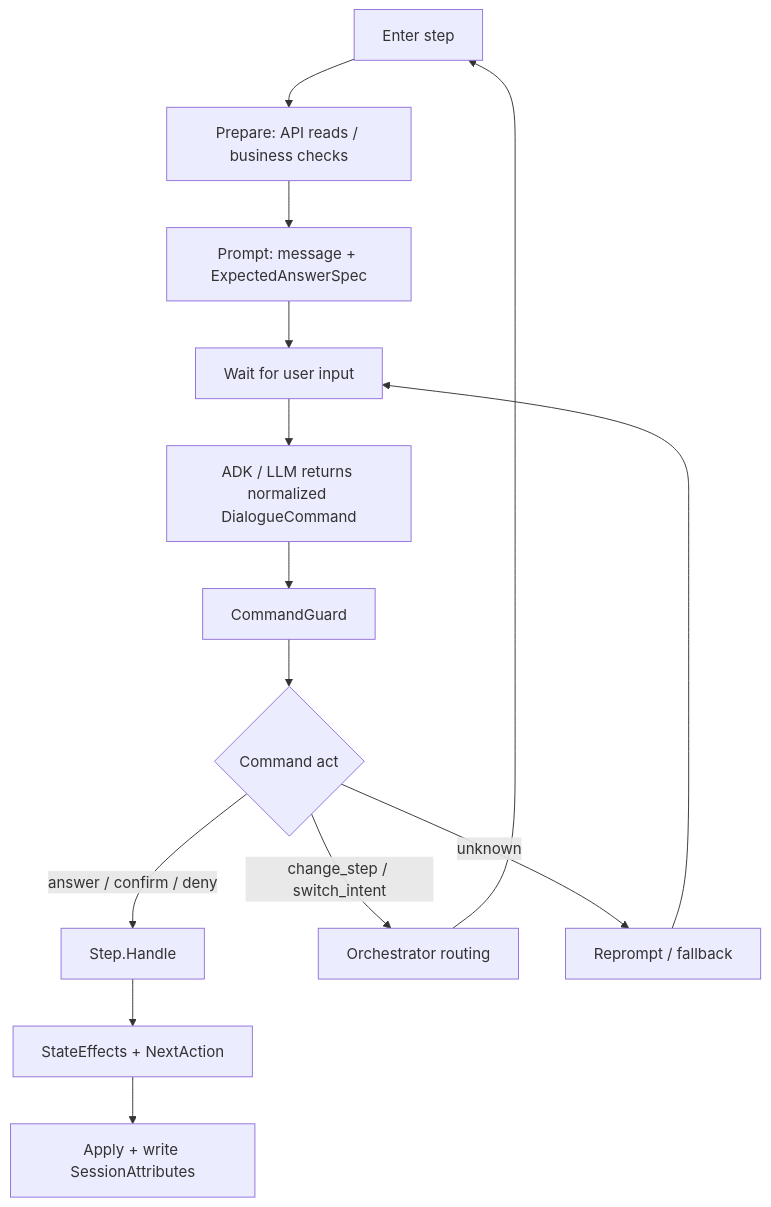
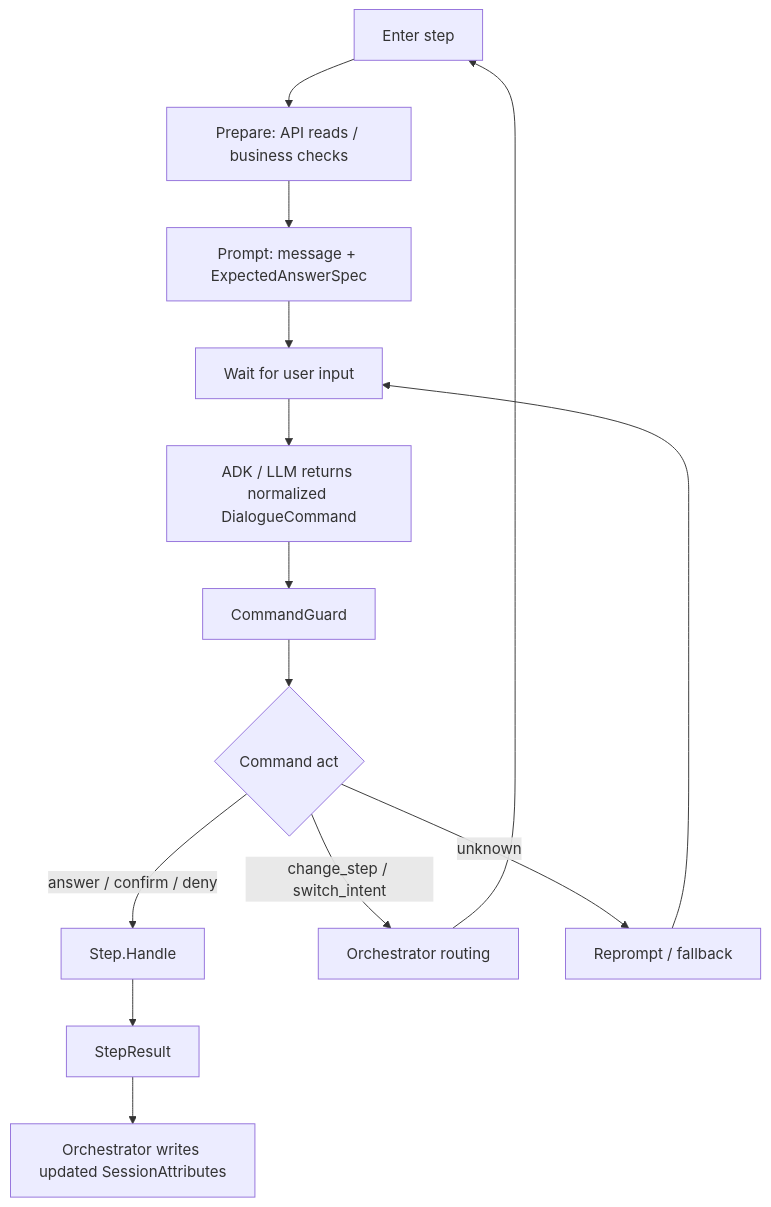
Before and after one commit to fghjkl007/adk-go-company-model-integration: the second of 8 diagrams in docs/superpowers/specs/2026-06-07-intent-step-orchestration-confluence.md, drawn with Mermaid. The commit also changed other lines of this file, not shown here.

Commit message:
docs: align demo diagrams with session attributes

````diff
--- a/docs/superpowers/specs/2026-06-07-intent-step-orchestration-confluence.md
+++ b/docs/superpowers/specs/2026-06-07-intent-step-orchestration-confluence.md
@@ -50,16 +49,16 @@
 ```mermaid
 flowchart TD
   Enter["Enter step"] --> Prepare["Prepare: API reads / business checks"]
   Prepare --> Prompt["Prompt: message + ExpectedAnswerSpec"]
   Prompt --> Wait["Wait for user input"]
   Wait --> Parse["ADK / LLM returns normalized DialogueCommand"]
   Parse --> Guard["CommandGuard"]
   Guard --> Act{"Command act"}
   Act -->|answer / confirm / deny| Handle["Step.Handle"]
   Act -->|change_step / switch_intent| Route["Orchestrator routing"]
   Act -->|unknown| Reprompt["Reprompt / fallback"]
-  Handle --> Result["StateEffects + NextAction"]
-  Result --> Apply["Apply + write SessionAttributes"]
+  Handle --> Result["StepResult"]
+  Result --> Apply["Orchestrator writes updated SessionAttributes"]
   Route --> Enter
   Reprompt --> Wait
 ```
````
